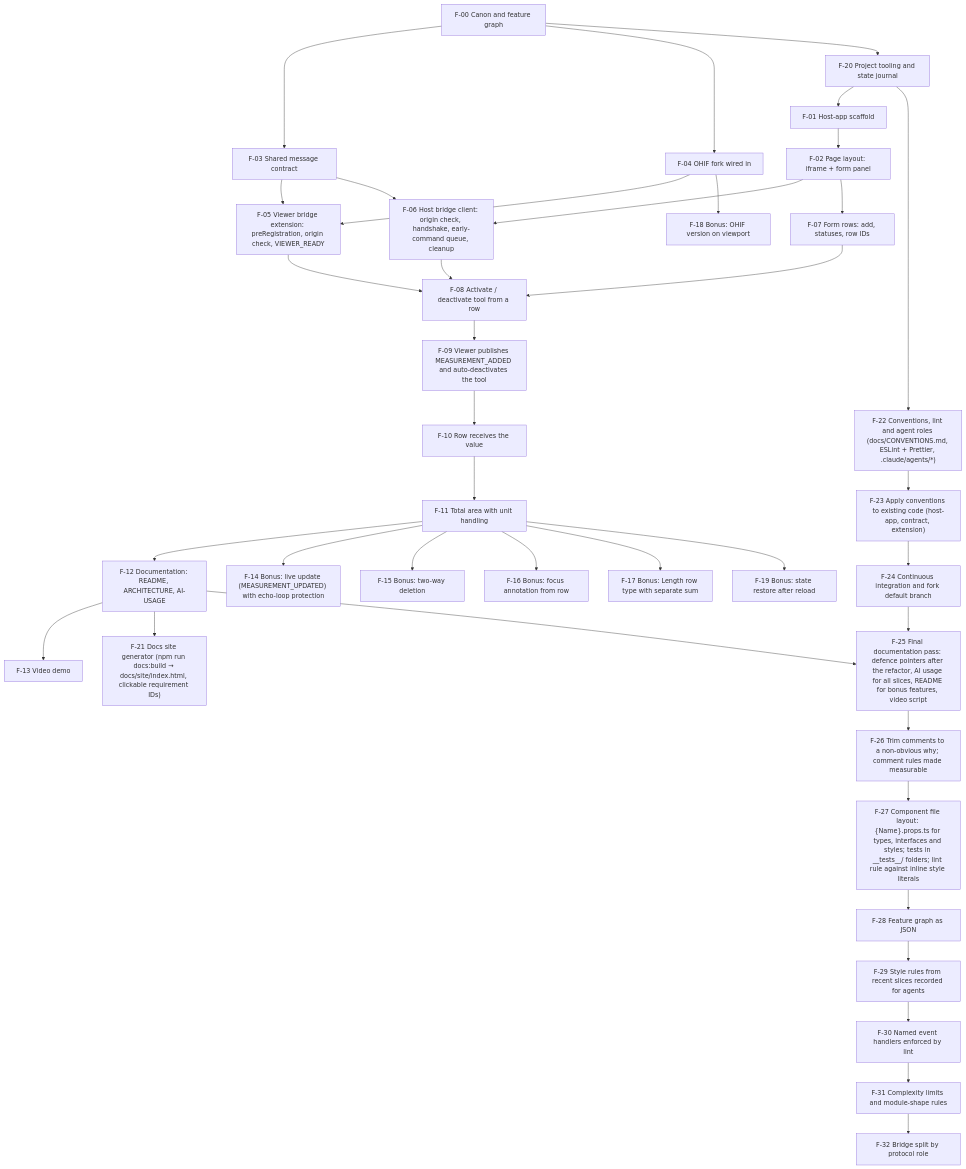
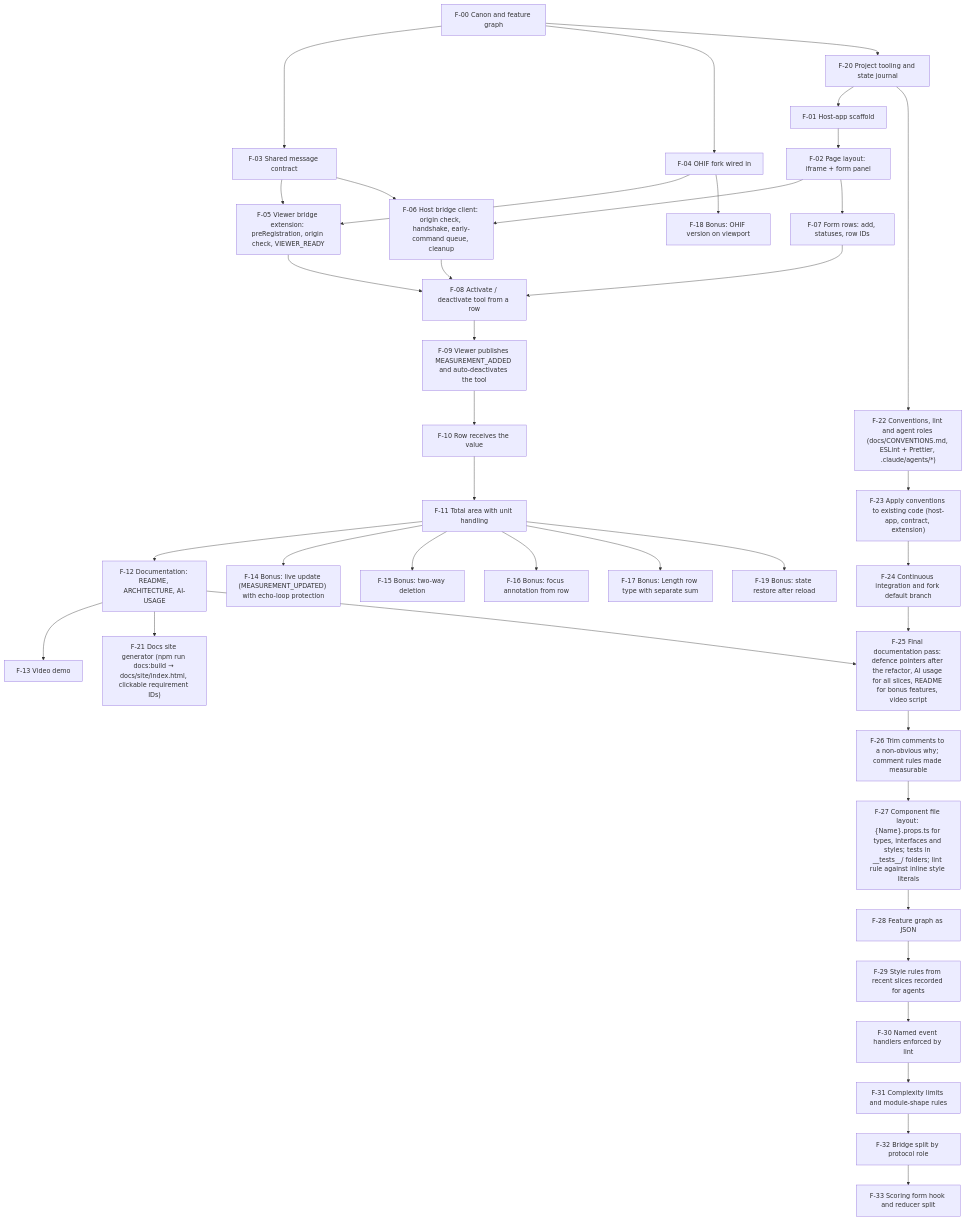
One commit to bdiadiun/artifact-synchronization changed the diagram in docs/FEATURE-GRAPH.md. Above: the diagram before and after it, drawn with Mermaid. The commit also changed other lines of this file and 21 other files, not shown here.

First line of the commit message:
refactor: split the scoring form hook

````diff
--- a/docs/FEATURE-GRAPH.md
+++ b/docs/FEATURE-GRAPH.md
@@ -90,74 +91,76 @@
 ```mermaid
 graph TD
   F00["F-00 Canon and feature graph"]
   F01["F-01 Host-app scaffold"]
   F02["F-02 Page layout: iframe + form panel"]
   F03["F-03 Shared message contract"]
   F04["F-04 OHIF fork wired in"]
   F05["F-05 Viewer bridge extension: preRegistration, origin check, VIEWER_READY"]
   F06["F-06 Host bridge client: origin check, handshake, early-command queue, cleanup"]
   F07["F-07 Form rows: add, statuses, row IDs"]
   F08["F-08 Activate / deactivate tool from a row"]
   F09["F-09 Viewer publishes MEASUREMENT_ADDED and auto-deactivates the tool"]
   F10["F-10 Row receives the value"]
   F11["F-11 Total area with unit handling"]
   F12["F-12 Documentation: README, ARCHITECTURE, AI-USAGE"]
   F13["F-13 Video demo"]
   F14["F-14 Bonus: live update (MEASUREMENT_UPDATED) with echo-loop protection"]
   F15["F-15 Bonus: two-way deletion"]
   F16["F-16 Bonus: focus annotation from row"]
   F17["F-17 Bonus: Length row type with separate sum"]
   F18["F-18 Bonus: OHIF version on viewport"]
   F19["F-19 Bonus: state restore after reload"]
   F20["F-20 Project tooling and state journal"]
   F21["F-21 Docs site generator (npm run docs:build → docs/site/index.html, clickable requirement IDs)"]
   F22["F-22 Conventions, lint and agent roles (docs/CONVENTIONS.md, ESLint + Prettier, .claude/agents/*)"]
   F23["F-23 Apply conventions to existing code (host-app, contract, extension)"]
   F24["F-24 Continuous integration and fork default branch"]
   F25["F-25 Final documentation pass: defence pointers after the refactor, AI usage for all slices, README for bonus features, video script"]
   F26["F-26 Trim comments to a non-obvious why; comment rules made measurable"]
   F27["F-27 Component file layout: {Name}.props.ts for types, interfaces and styles; tests in __tests__/ folders; lint rule against inline style literals"]
   F28["F-28 Feature graph as JSON"]
   F29["F-29 Style rules from recent slices recorded for agents"]
   F30["F-30 Named event handlers enforced by lint"]
   F31["F-31 Complexity limits and module-shape rules"]
   F32["F-32 Bridge split by protocol role"]
+  F33["F-33 Scoring form hook and reducer split"]
 
   F20 --> F01
   F01 --> F02
   F00 --> F03
   F00 --> F04
   F03 --> F05
   F04 --> F05
   F02 --> F06
   F03 --> F06
   F02 --> F07
   F05 --> F08
   F06 --> F08
   F07 --> F08
   F08 --> F09
   F09 --> F10
   F10 --> F11
   F11 --> F12
   F12 --> F13
   F11 --> F14
   F11 --> F15
   F11 --> F16
   F11 --> F17
   F04 --> F18
   F11 --> F19
   F00 --> F20
   F12 --> F21
   F20 --> F22
   F22 --> F23
   F23 --> F24
   F12 --> F25
   F24 --> F25
   F25 --> F26
   F26 --> F27
   F27 --> F28
   F28 --> F29
   F29 --> F30
   F30 --> F31
   F31 --> F32
+  F32 --> F33
 ```
````
